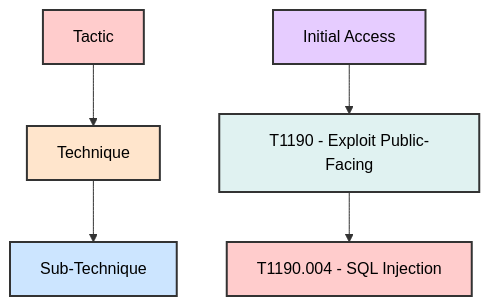
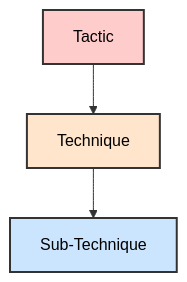
The ninth of 28 diagrams in 1-Incident-Handling-Process/README.md (manojxshrestha/SOC-Analyst-Cheatsheet), drawn with Mermaid before and after one commit. The commit also changed other lines of this file, not shown here.

Commit message:
Simplify MITRE ATT&CK concept and Common Techniques diagrams

````diff
--- a/1-Incident-Handling-Process/README.md
+++ b/1-Incident-Handling-Process/README.md
@@ -344,15 +344,8 @@
 ```mermaid
 graph TD
-    A["Tactic"] --> B["Technique"]
-    B --> C["Sub-Technique"]
-    
-    D["Initial Access"] --> E["T1190 - Exploit Public-Facing"]
-    E --> F["T1190.004 - SQL Injection"]
+    A["Tactic"] --> B["Technique"] --> C["Sub-Technique"]
     
     style A fill:#ffcccc,stroke:#333,stroke-width:2px,color:#000
     style B fill:#ffe5cc,stroke:#333,stroke-width:2px,color:#000
     style C fill:#cce5ff,stroke:#333,stroke-width:2px,color:#000
-    style D fill:#e6ccff,stroke:#333,stroke-width:2px,color:#000
-    style E fill:#e0f2f1,stroke:#333,stroke-width:2px,color:#000
-    style F fill:#ffcccc,stroke:#333,stroke-width:2px,color:#000
 ```
````
